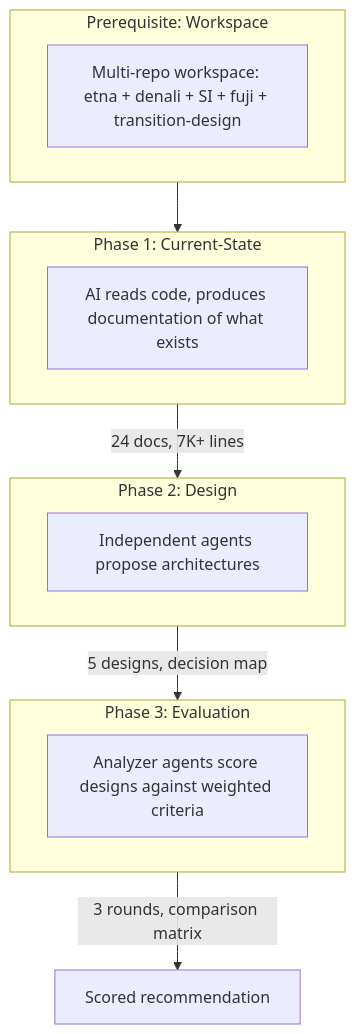
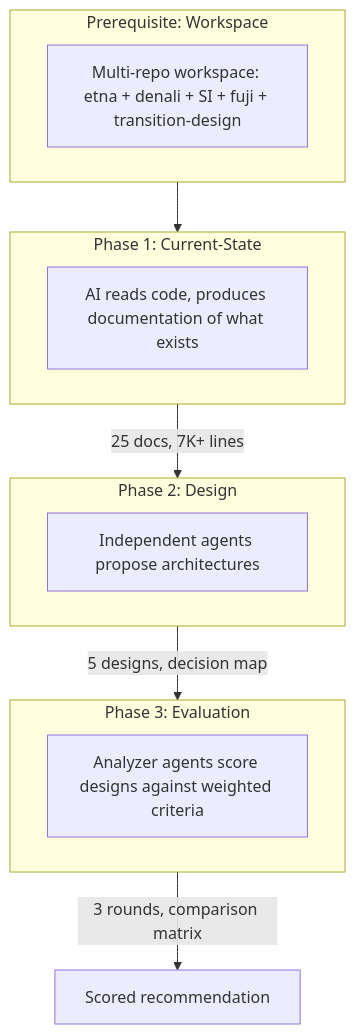
Before and after one commit to sosotravelier/tc-transition-to-12go: the first of 9 diagrams in presentation/2026-03-09-ai-driven-design/ai-methodology.md, drawn with Mermaid. The commit also changed other lines of this file and 21 other files, not shown here.

````diff
--- a/presentation/2026-03-09-ai-driven-design/ai-methodology.md
+++ b/presentation/2026-03-09-ai-driven-design/ai-methodology.md
@@ -62,23 +62,23 @@
 ```mermaid
 flowchart TD
     subgraph prereq["Prerequisite: Workspace"]
         W["Multi-repo workspace: etna + denali + SI + fuji + transition-design"]
     end
 
     subgraph p1["Phase 1: Current-State"]
         CS["AI reads code, produces documentation of what exists"]
     end
 
     subgraph p2["Phase 2: Design"]
         D["Independent agents propose architectures"]
     end
 
     subgraph p3["Phase 3: Evaluation"]
         E["Analyzer agents score designs against weighted criteria"]
     end
 
     prereq --> p1
-    p1 -->|"24 docs, 7K+ lines"| p2
+    p1 -->|"25 docs, 7K+ lines"| p2
     p2 -->|"5 designs, decision map"| p3
     p3 -->|"3 rounds, comparison matrix"| R["Scored recommendation"]
 ```
````
